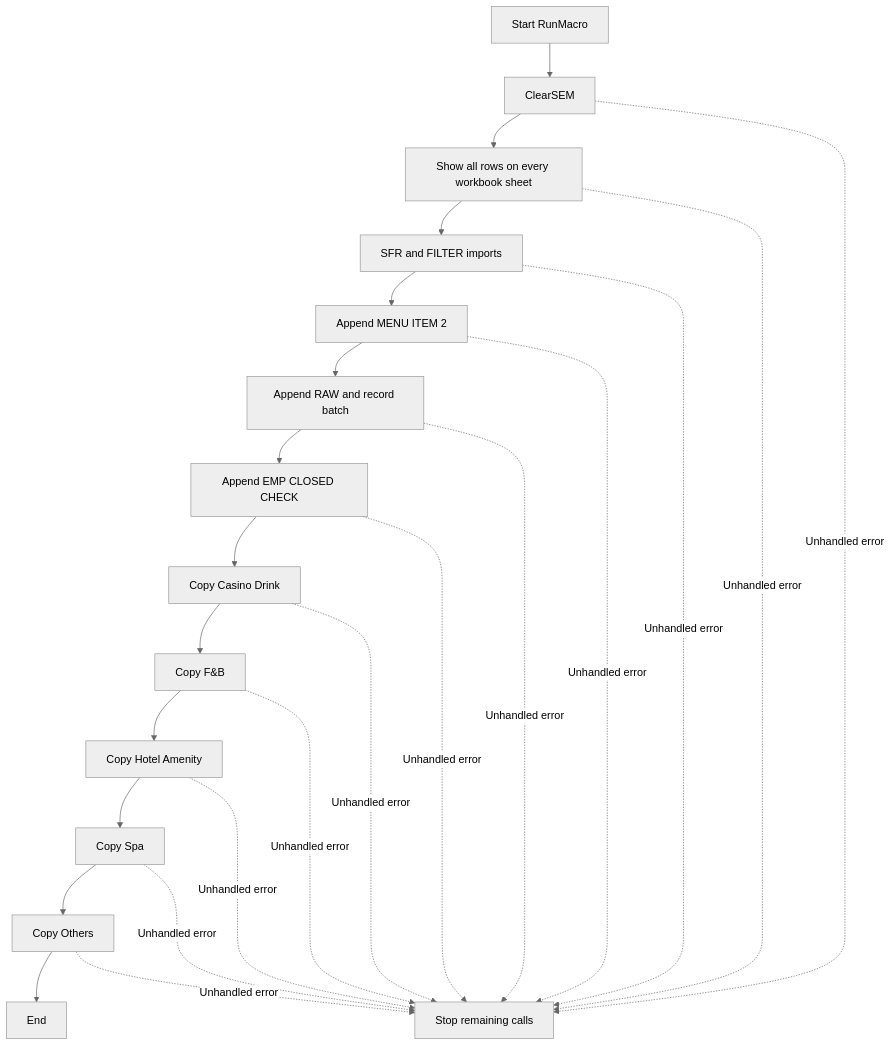
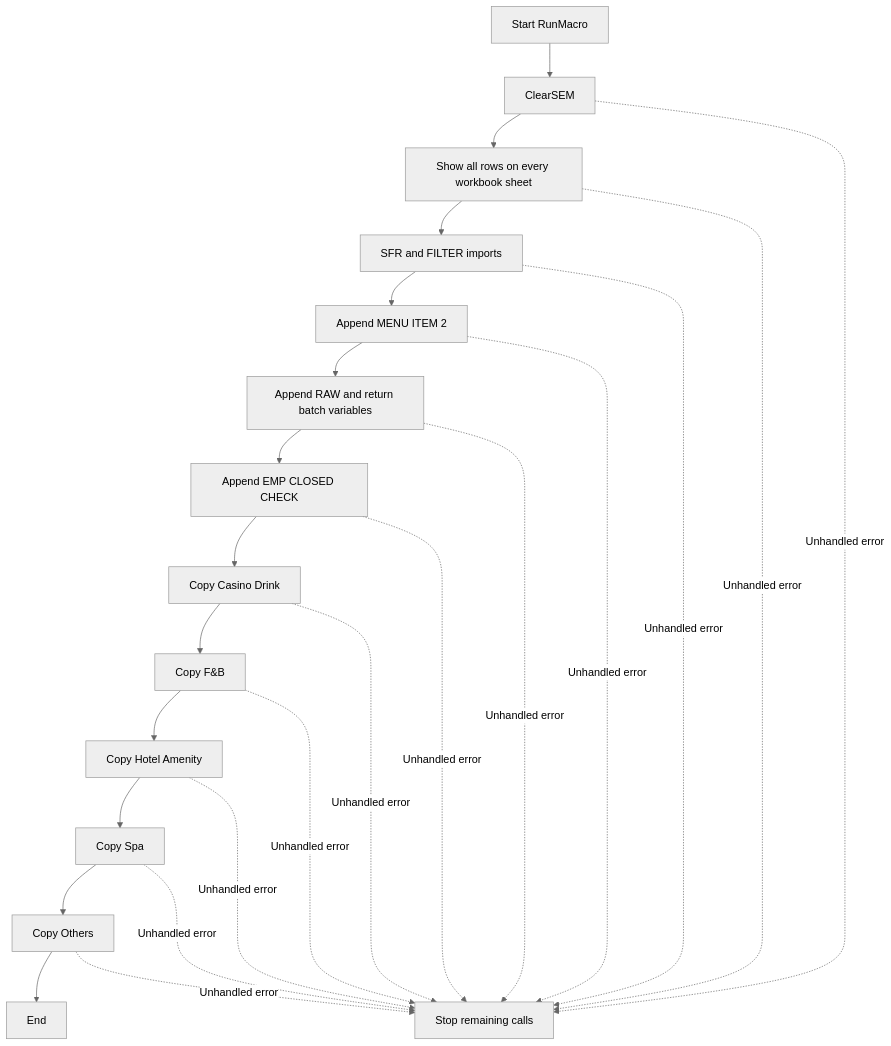
Before and after one commit to moonstarph23/Common-Script: the second of 15 diagrams in Other Comps/VBA_DOCUMENTATION.md, drawn with Mermaid (neutral theme). The commit also changed other lines of this file and 8 other files, not shown here.

Commit message:
Pass RAW batch bounds through variables

````diff
--- a/Other Comps/VBA_DOCUMENTATION.md
+++ b/Other Comps/VBA_DOCUMENTATION.md
@@ -159,26 +161,26 @@
 ```mermaid
 flowchart TD
     A["Start RunMacro"] --> B["ClearSEM"]
     B --> C["Show all rows on every workbook sheet"]
     C --> D["SFR and FILTER imports"]
     D --> E["Append MENU ITEM 2"]
-    E --> F["Append RAW and record batch"]
+    E --> F["Append RAW and return batch variables"]
     F --> G["Append EMP CLOSED CHECK"]
     G --> H["Copy Casino Drink"]
     H --> I["Copy F&B"]
     I --> J["Copy Hotel Amenity"]
     J --> K["Copy Spa"]
     K --> L["Copy Others"]
     L --> M["End"]
     B -. "Unhandled error" .-> X["Stop remaining calls"]
     C -. "Unhandled error" .-> X
     D -. "Unhandled error" .-> X
     E -. "Unhandled error" .-> X
     F -. "Unhandled error" .-> X
     G -. "Unhandled error" .-> X
     H -. "Unhandled error" .-> X
     I -. "Unhandled error" .-> X
     J -. "Unhandled error" .-> X
     K -. "Unhandled error" .-> X
     L -. "Unhandled error" .-> X
 ```
````
